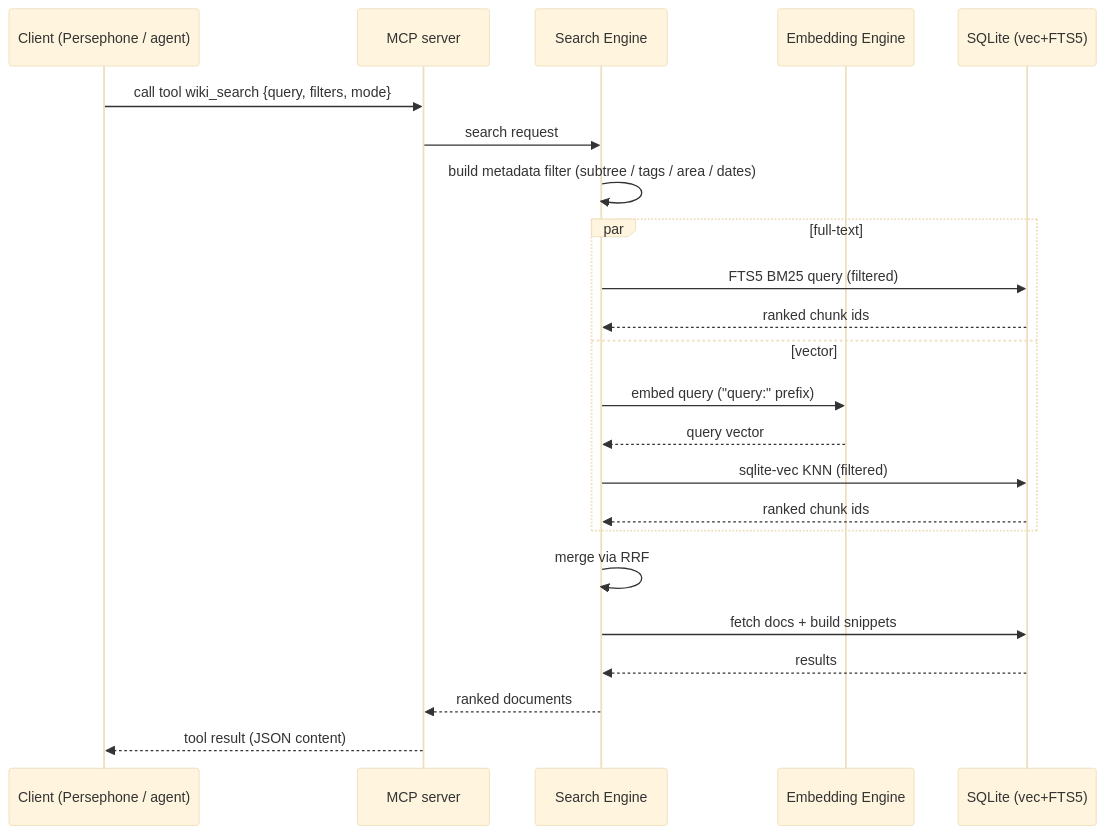
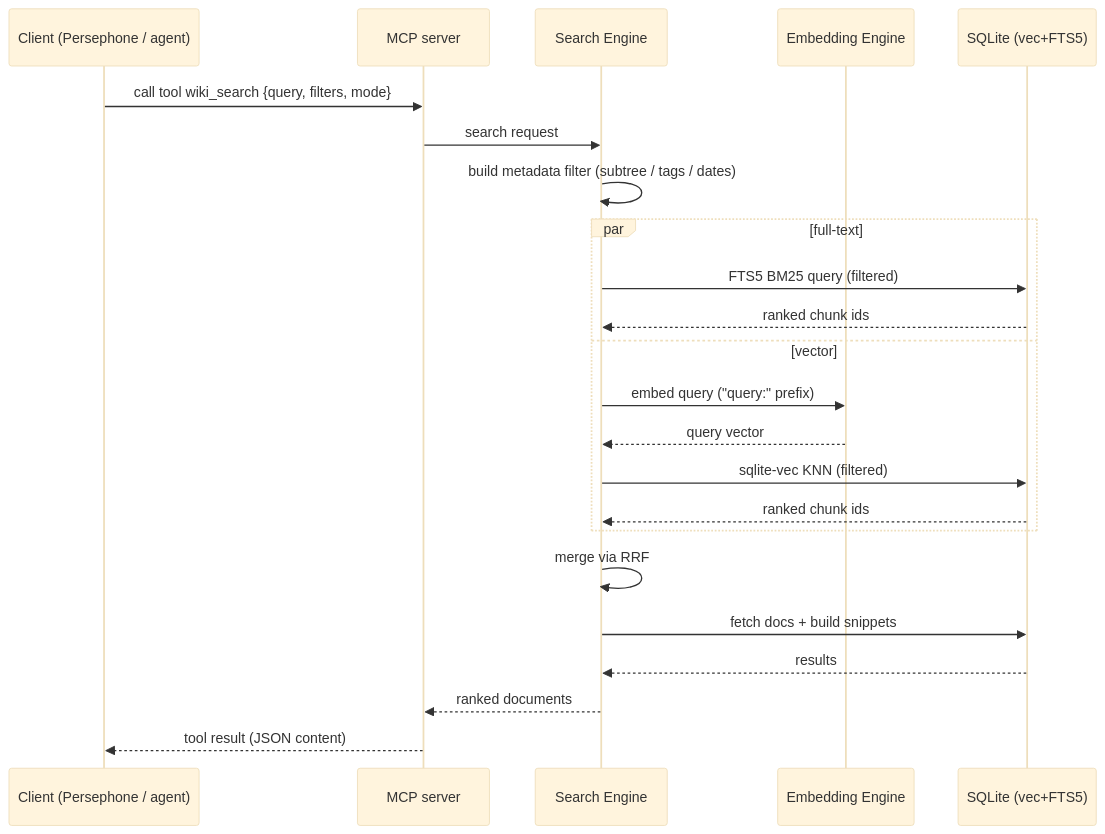
One commit to andriy-viyatyk/js-notepad changed the third of 3 diagrams in doc/tasks/US-651-mneme-architecture/README.md. Above: the diagram before and after it, drawn with Mermaid (base theme). The commit also changed other lines of this file and 3 other files, not shown here.

````diff
--- a/doc/tasks/US-651-mneme-architecture/README.md
+++ b/doc/tasks/US-651-mneme-architecture/README.md
@@ -157,26 +158,26 @@
 ```mermaid
 sequenceDiagram
     participant C as Client (Persephone / agent)
     participant MCP as MCP server
     participant SE as Search Engine
     participant E as Embedding Engine
     participant DB as SQLite (vec+FTS5)
 
     C->>MCP: call tool wiki_search {query, filters, mode}
     MCP->>SE: search request
-    SE->>SE: build metadata filter (subtree / tags / area / dates)
+    SE->>SE: build metadata filter (subtree / tags / dates)
     par full-text
         SE->>DB: FTS5 BM25 query (filtered)
         DB-->>SE: ranked chunk ids
     and vector
         SE->>E: embed query ("query:" prefix)
         E-->>SE: query vector
         SE->>DB: sqlite-vec KNN (filtered)
         DB-->>SE: ranked chunk ids
     end
     SE->>SE: merge via RRF
     SE->>DB: fetch docs + build snippets
     DB-->>SE: results
     SE-->>MCP: ranked documents
     MCP-->>C: tool result (JSON content)
 ```
````
